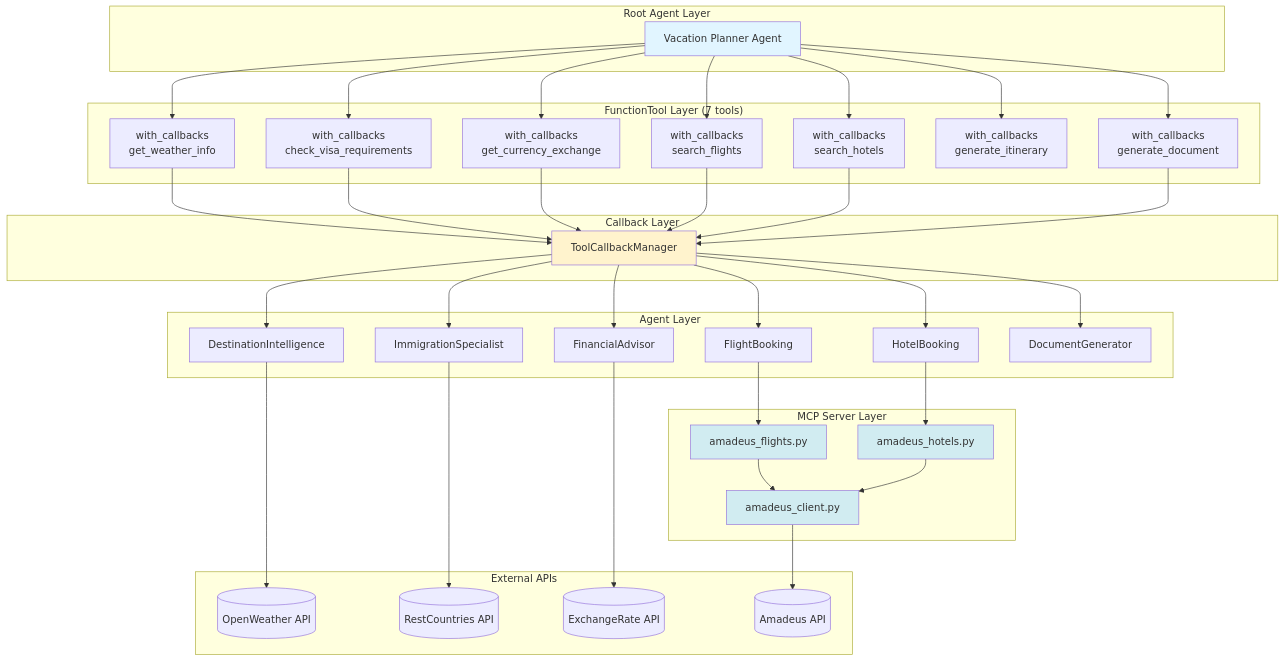
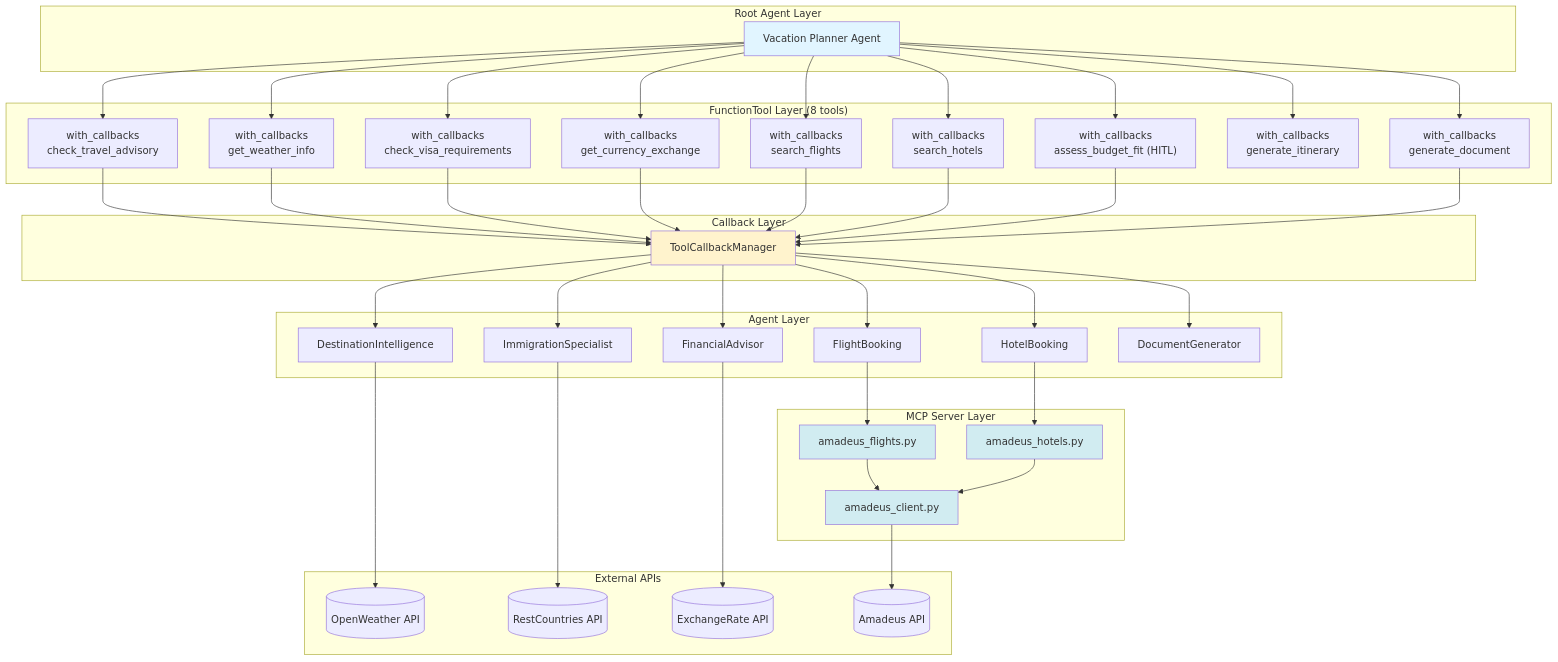
One commit to RBATHINENI78/AI-Powered_Vacation_Planner changed the sixth of 8 diagrams in docs/actual/ARCHITECTURE_COMPARISON.md. Above: the diagram before and after it, drawn with Mermaid. The commit also changed other lines of this file and 2 other files, not shown here.

First line of the commit message:
Update architecture documentation and remove completed analysis files

````diff
--- a/docs/actual/ARCHITECTURE_COMPARISON.md
+++ b/docs/actual/ARCHITECTURE_COMPARISON.md
@@ -358,67 +365,71 @@
 ```mermaid
 graph TB
     subgraph "Root Agent Layer"
         Root[Vacation Planner Agent]
     end
 
-    subgraph "FunctionTool Layer (7 tools)"
+    subgraph "FunctionTool Layer (8 tools)"
+        T0["with_callbacks<br/>check_travel_advisory"]
         T1["with_callbacks<br/>get_weather_info"]
         T2["with_callbacks<br/>check_visa_requirements"]
         T3["with_callbacks<br/>get_currency_exchange"]
         T4["with_callbacks<br/>search_flights"]
         T5["with_callbacks<br/>search_hotels"]
-        T6["with_callbacks<br/>generate_itinerary"]
-        T7["with_callbacks<br/>generate_document"]
+        T6["with_callbacks<br/>assess_budget_fit (HITL)"]
+        T7["with_callbacks<br/>generate_itinerary"]
+        T8["with_callbacks<br/>generate_document"]
     end
 
     subgraph "Agent Layer"
         A1[DestinationIntelligence]
         A2[ImmigrationSpecialist]
         A3[FinancialAdvisor]
         A4[FlightBooking]
         A5[HotelBooking]
         A6[DocumentGenerator]
     end
 
     subgraph "MCP Server Layer"
         M1[amadeus_client.py]
         M2[amadeus_flights.py]
         M3[amadeus_hotels.py]
     end
 
     subgraph "External APIs"
         E1[(OpenWeather API)]
         E2[(RestCountries API)]
         E3[(ExchangeRate API)]
         E4[(Amadeus API)]
     end
 
     subgraph "Callback Layer"
         CB[ToolCallbackManager]
     end
 
-    Root --> T1 & T2 & T3 & T4 & T5 & T6 & T7
+    Root --> T0 & T1 & T2 & T3 & T4 & T5 & T6 & T7 & T8
 
+    T0 --> CB
     T1 --> CB --> A1
     T2 --> CB --> A2
     T3 --> CB --> A3
     T4 --> CB --> A4
     T5 --> CB --> A5
-    T7 --> CB --> A6
+    T6 --> CB
+    T8 --> CB --> A6
 
     A1 --> E1
     A2 --> E2
     A3 --> E3
     A4 --> M2
     A5 --> M3
 
     M2 --> M1
     M3 --> M1
     M1 --> E4
 
     style Root fill:#e1f5ff
     style CB fill:#fff3cd
     style M1 fill:#d1ecf1
     style M2 fill:#d1ecf1
     style M3 fill:#d1ecf1
 ```
````
